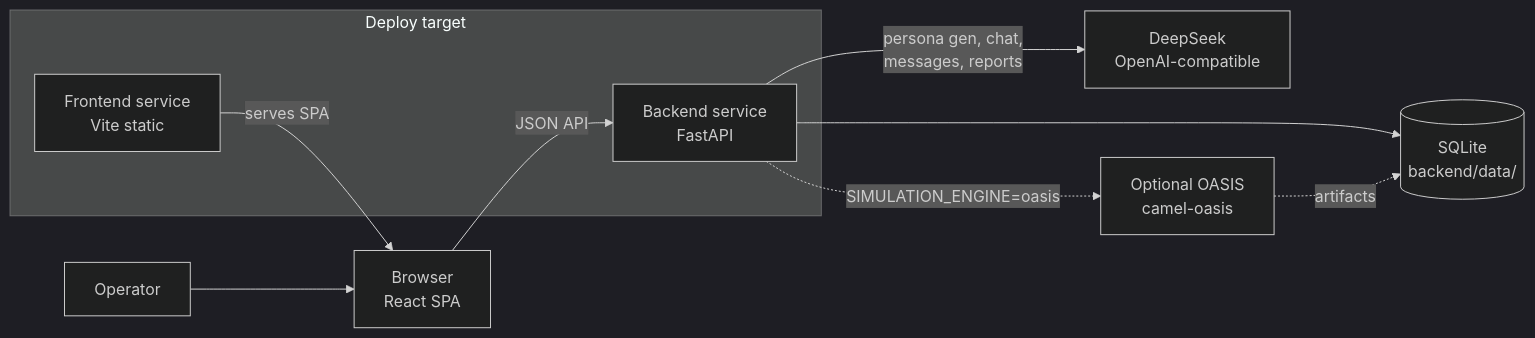
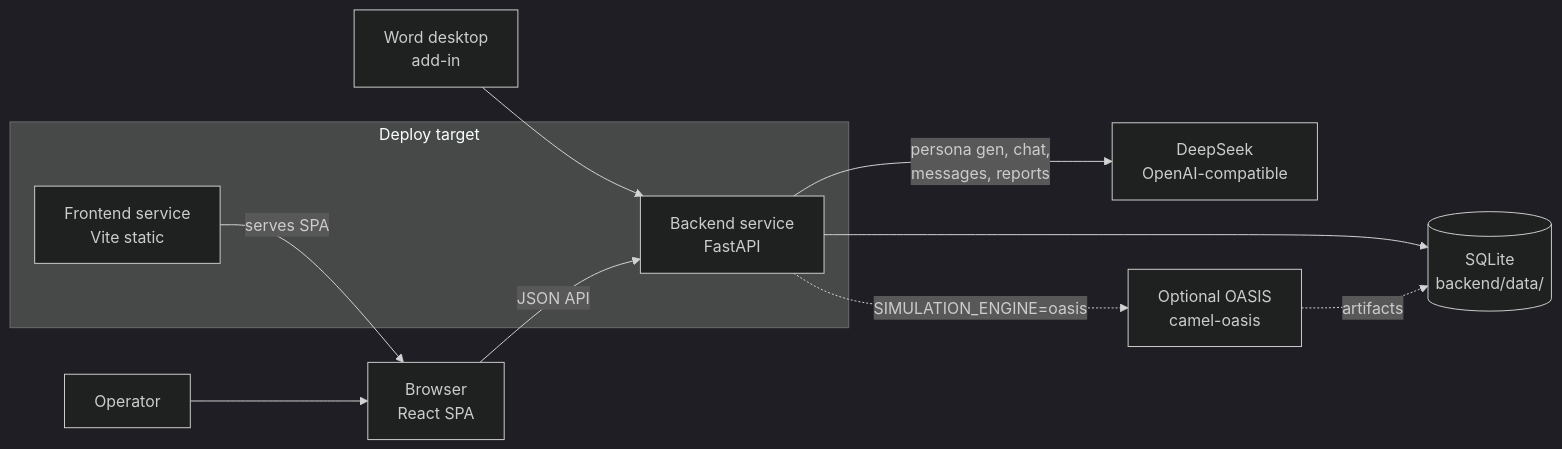
One commit to kajmund/socialism changed the diagram in docs/architecture.md. Above: the diagram before and after it, drawn with Mermaid (dark theme). The commit also changed other lines of this file and 10 other files, not shown here.

````diff
--- a/docs/architecture.md
+++ b/docs/architecture.md
@@ -11,20 +11,21 @@
 ```mermaid
 flowchart LR
     user[Operator] --> browser[Browser<br/>React SPA]
+    word[Word desktop<br/>add-in] --> backend
 
     subgraph railway[Deploy target]
         frontend[Frontend service<br/>Vite static]
         backend[Backend service<br/>FastAPI]
     end
 
     sqlite[(SQLite<br/>backend/data/)]
     deepseek[DeepSeek<br/>OpenAI-compatible]
     oasis[Optional OASIS<br/>camel-oasis]
 
     frontend -->|serves SPA| browser
     browser -->|JSON API| backend
     backend --> sqlite
     backend -->|persona gen, chat,<br/>messages, reports| deepseek
     backend -.->|SIMULATION_ENGINE=oasis| oasis
     oasis -.->|artifacts| sqlite
 ```
````
